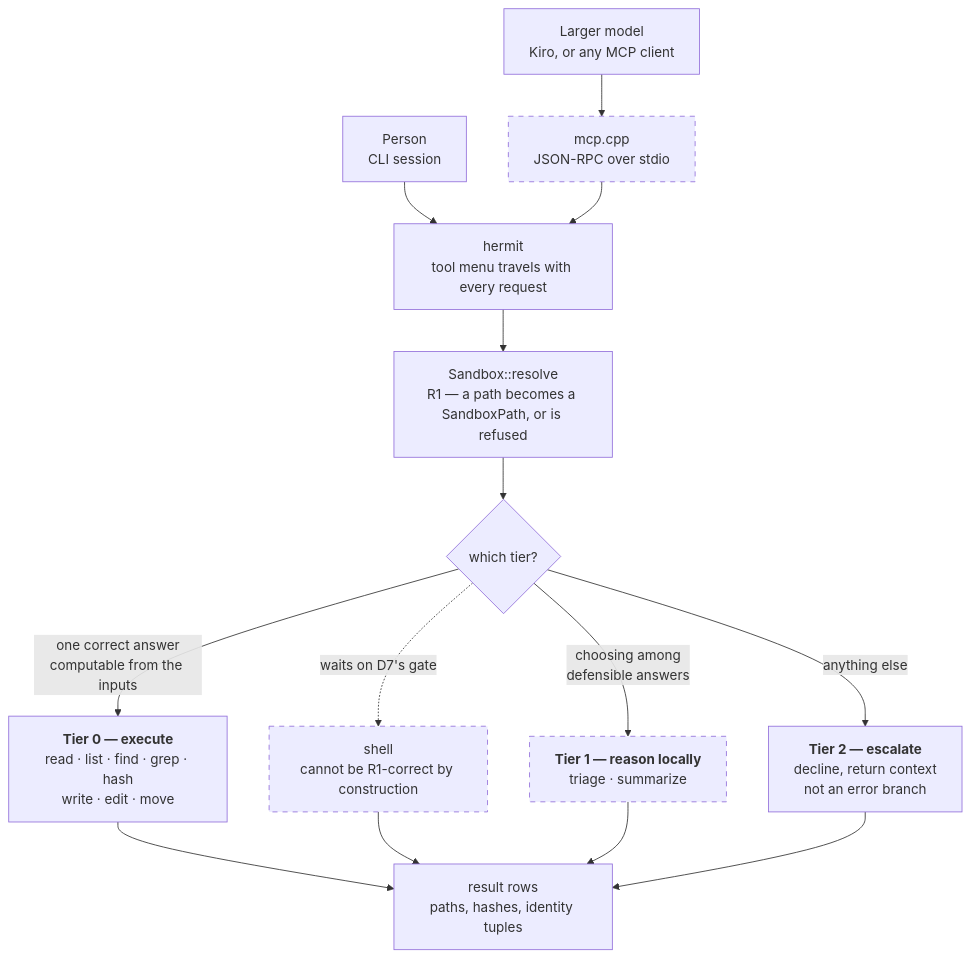
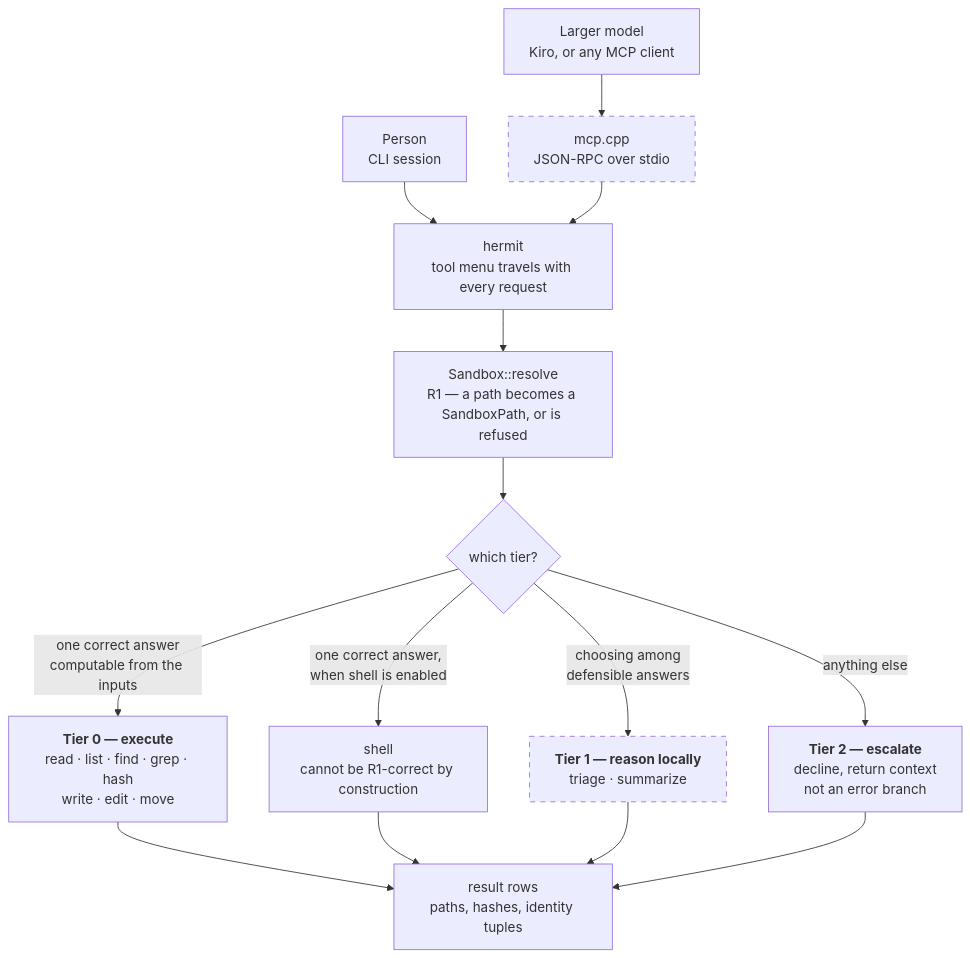
Before and after one commit to Jeagermeister/Hermit: the first of 3 diagrams in FLOW.md, drawn with Mermaid. The commit also changed other lines of this file and 20 other files, not shown here.

````diff
--- a/FLOW.md
+++ b/FLOW.md
@@ -26,31 +27,31 @@
 ```mermaid
 flowchart TB
     P["Person<br/>CLI session"]
     K["Larger model<br/>Kiro, or any MCP client"]
     MCP["mcp.cpp<br/>JSON-RPC over stdio"]
     APP["hermit<br/>tool menu travels with every request"]
     RES["Sandbox::resolve<br/>R1 — a path becomes a SandboxPath, or is refused"]
     T{"which tier?"}
     T0["<b>Tier 0 — execute</b><br/>read · list · find · grep · hash<br/>write · edit · move"]
     SH["shell<br/>cannot be R1-correct by construction"]
     T1["<b>Tier 1 — reason locally</b><br/>triage · summarize"]
     T2["<b>Tier 2 — escalate</b><br/>decline, return context<br/>not an error branch"]
     OUT["result rows<br/>paths, hashes, identity tuples"]
 
     P --> APP
     K --> MCP
     MCP --> APP
     APP --> RES
     RES --> T
     T -->|"one correct answer<br/>computable from the inputs"| T0
     T -->|"choosing among<br/>defensible answers"| T1
     T -->|"anything else"| T2
     T0 --> OUT
     SH --> OUT
     T1 --> OUT
     T2 --> OUT
-    T -.->|"waits on D7's gate"| SH
+    T -->|"one correct answer,<br/>when shell is enabled"| SH
 
     classDef pending stroke-dasharray:6
-    class MCP,SH,T1 pending
+    class MCP,T1 pending
 ```
````
